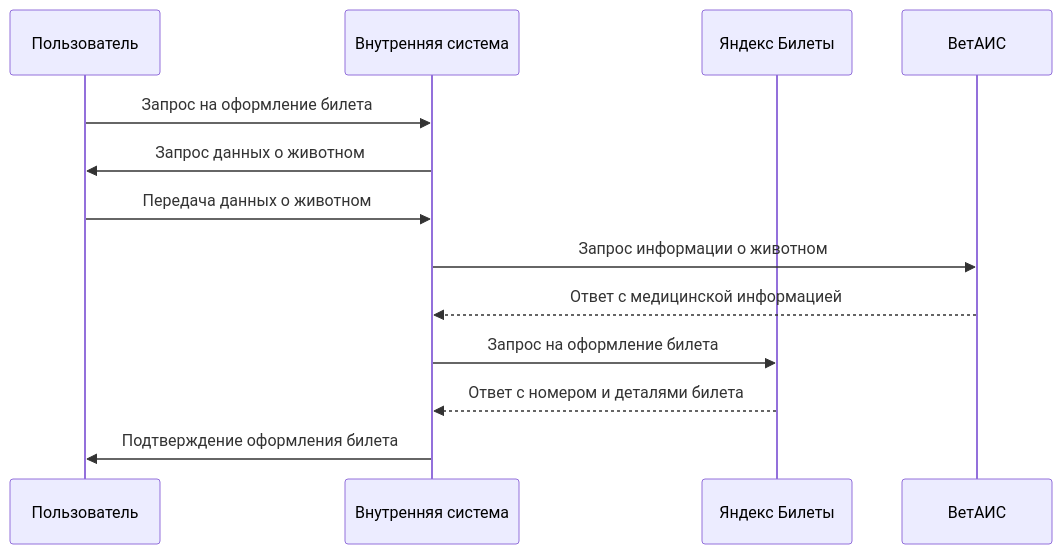
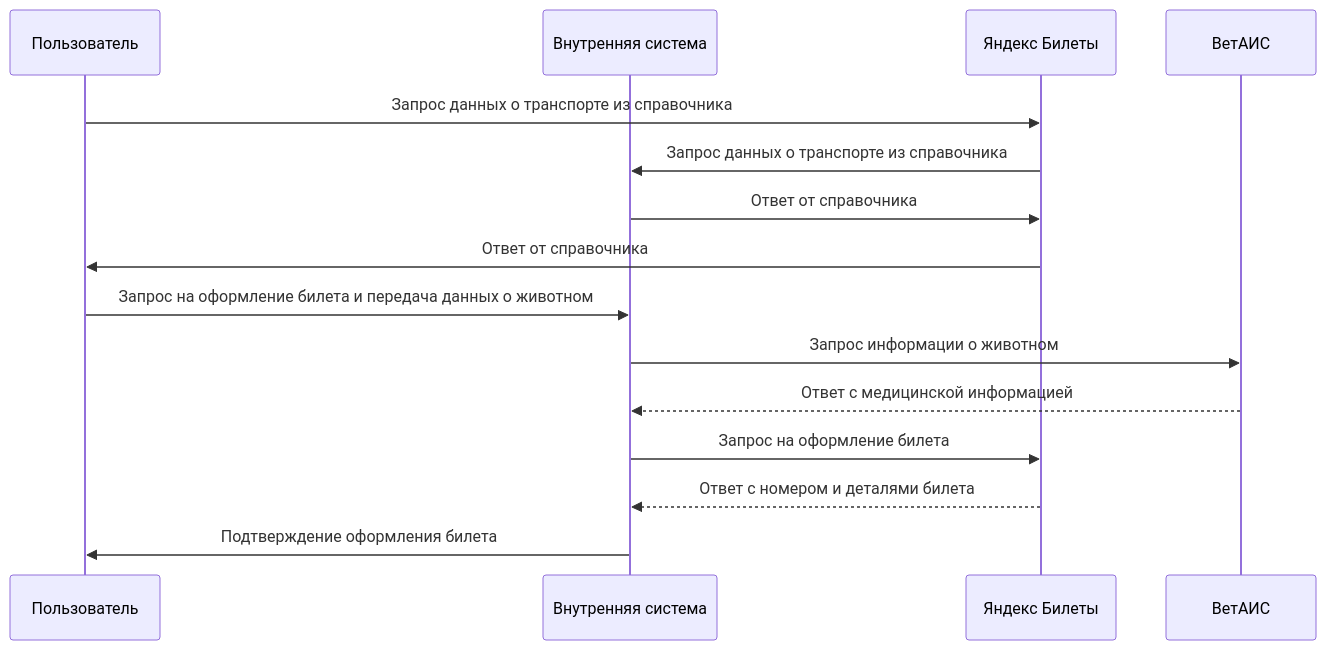
One commit to Gr-Move/Portfolio changed the first of 5 diagrams in Cases/Case-2/diagrams.md. Above: the diagram before and after it, drawn with Mermaid. The commit also changed other lines of this file, not shown here.

````diff
--- a/Cases/Case-2/diagrams.md
+++ b/Cases/Case-2/diagrams.md
@@ -6,16 +6,18 @@
 ```mermaid
 sequenceDiagram;
     participant User as Пользователь
     participant Internal as Внутренняя система
     participant YB as Яндекс Билеты
     participant VetAIS as ВетАИС
 
-    User->>Internal: Запрос на оформление билета
-    Internal->>User: Запрос данных о животном
-    User->>Internal: Передача данных о животном
+    User->>YB: Запрос данных о транспорте из справочника
+    YB->>Internal: Запрос данных о транспорте из справочника
+    Internal->>YB: Ответ от справочника
+    YB->>User: Ответ от справочника
+    User->>Internal:  Запрос на оформление билета и передача данных о животном
     Internal->>VetAIS: Запрос информации о животном
     VetAIS-->>Internal: Ответ с медицинской информацией
     Internal->>YB: Запрос на оформление билета
     YB-->>Internal: Ответ с номером и деталями билета
     Internal->>User: Подтверждение оформления билета
 ```
````
